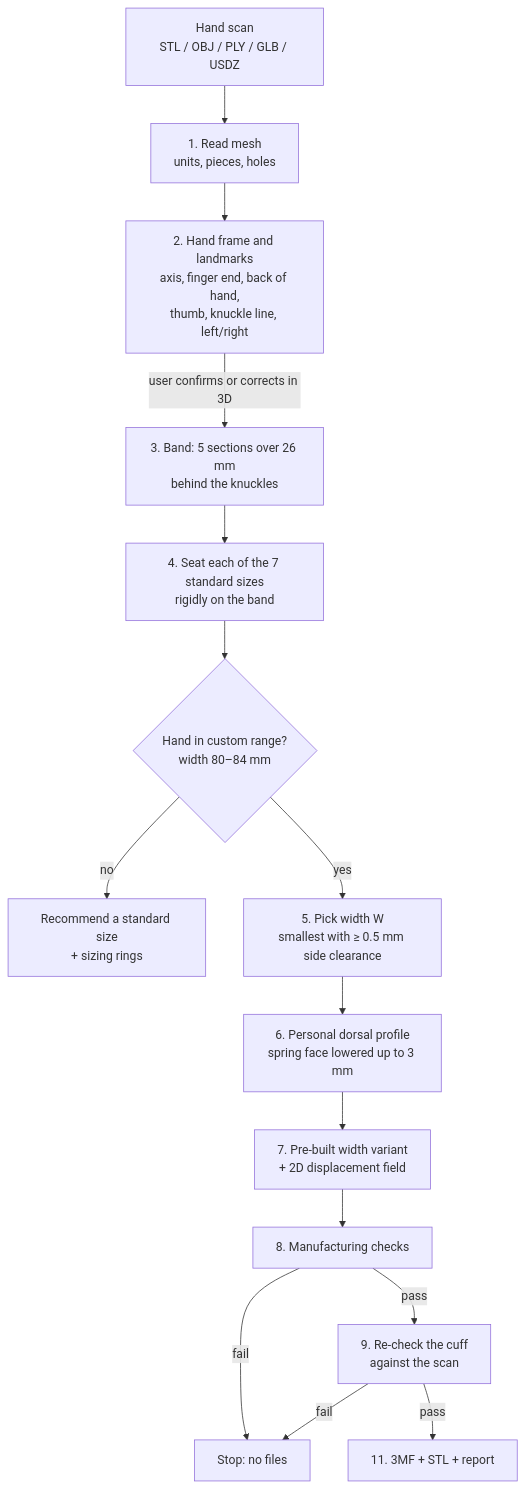
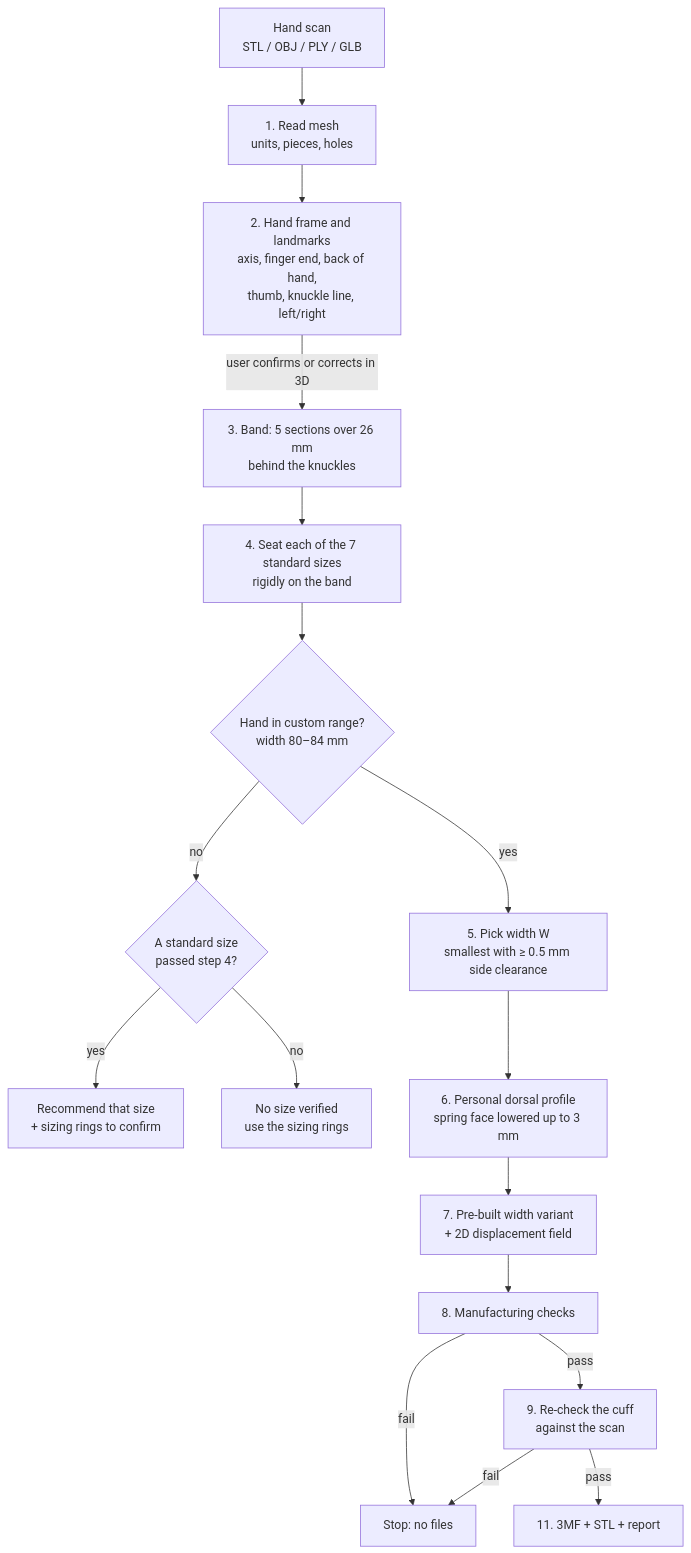
One commit to sensecraft3d-eng/freshcuff-scanmade changed the diagram in docs/METHOD.md. Above: the diagram before and after it, drawn with Mermaid. The commit also changed other lines of this file and 2 other files, not shown here.

Commit message:
Review round 5 minors: manufacturing-files wording, report lists only released files, method flowchart
Claude-Session: https://claude.ai/code/session_01Viq1ZVYReMMYngVAHWN8hR

````diff
--- a/docs/METHOD.md
+++ b/docs/METHOD.md
@@ -26,17 +26,19 @@
 ```mermaid
 flowchart TD
-    A[Hand scan<br/>STL / OBJ / PLY / GLB / USDZ] --> B[1. Read mesh<br/>units, pieces, holes]
+    A[Hand scan<br/>STL / OBJ / PLY / GLB] --> B[1. Read mesh<br/>units, pieces, holes]
     B --> C[2. Hand frame and landmarks<br/>axis, finger end, back of hand,<br/>thumb, knuckle line, left/right]
     C -->|user confirms or corrects in 3D| D[3. Band: 5 sections over 26 mm<br/>behind the knuckles]
     D --> E[4. Seat each of the 7 standard sizes<br/>rigidly on the band]
     E --> F{Hand in custom range?<br/>width 80–84 mm}
-    F -->|no| G[Recommend a standard size<br/>+ sizing rings]
+    F -->|no| G{A standard size<br/>passed step 4?}
+    G -->|yes| G1[Recommend that size<br/>+ sizing rings to confirm]
+    G -->|no| G2[No size verified<br/>use the sizing rings]
     F -->|yes| H[5. Pick width W<br/>smallest with ≥ 0.5 mm side clearance]
     H --> I[6. Personal dorsal profile<br/>spring face lowered up to 3 mm]
     I --> J[7. Pre-built width variant<br/>+ 2D displacement field]
     J --> K[8. Manufacturing checks]
     K -->|fail| X[Stop: no files]
     K -->|pass| L[9. Re-check the cuff<br/>against the scan]
     L -->|fail| X
     L -->|pass| M[11. 3MF + STL + report]
 ```
````
